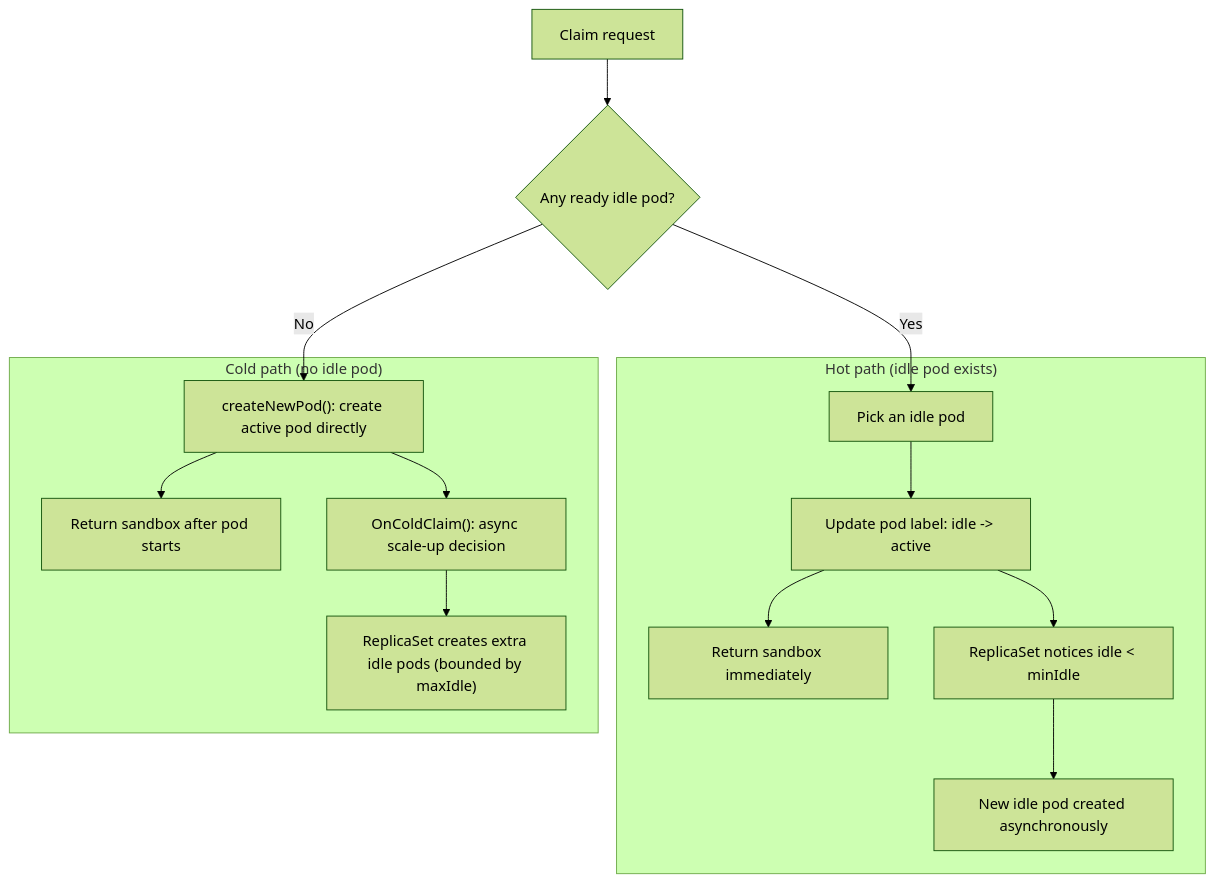
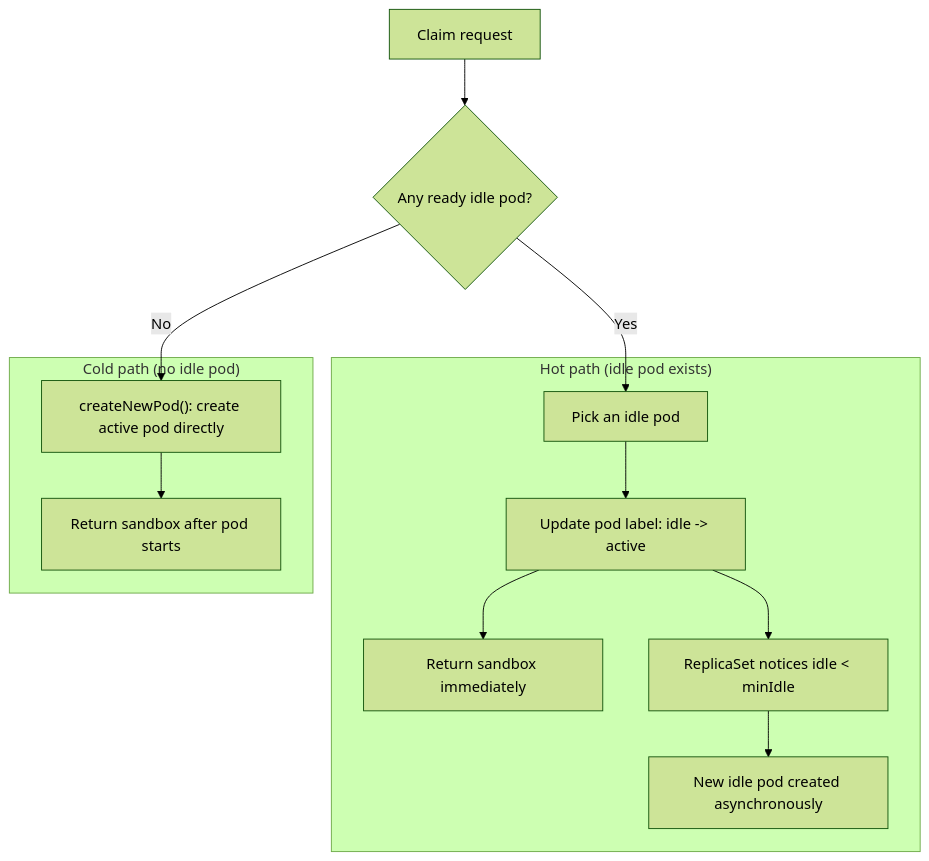
One commit to sandbox0-ai/sandbox0 changed the diagram in docs/template/pool/page.mdx. Above: the diagram before and after it, drawn with Mermaid (forest theme). The commit also changed other lines of this file and 13 other files, not shown here.

````diff
--- a/docs/template/pool/page.mdx
+++ b/docs/template/pool/page.mdx
@@ -7,27 +7,24 @@
 ```mermaid
 flowchart TB
     req["Claim request"]
     check{"Any ready idle pod?"}
 
     subgraph hot["Hot path (idle pod exists)"]
         pick["Pick an idle pod"]
         flip["Update pod label: idle -> active"]
         sb1["Return sandbox immediately"]
         rs1["ReplicaSet notices idle < minIdle"]
         idle1["New idle pod created asynchronously"]
     end
 
     subgraph cold["Cold path (no idle pod)"]
         create["createNewPod(): create active pod directly"]
         sb2["Return sandbox after pod starts"]
-        scale["OnColdClaim(): async scale-up decision"]
-        idle2["ReplicaSet creates extra idle pods (bounded by maxIdle)"]
     end
 
     req --> check
     check -->|Yes| pick --> flip --> sb1
     flip --> rs1 --> idle1
 
     check -->|No| create --> sb2
-    create --> scale --> idle2
 ```
````
